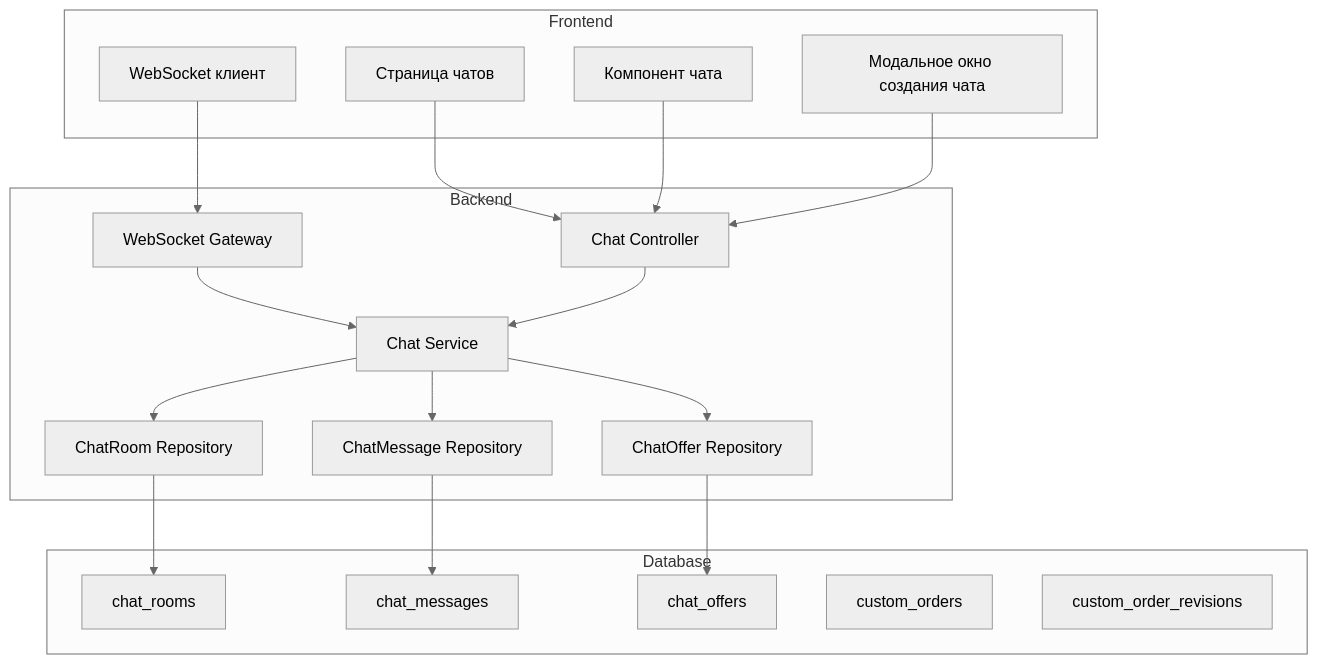
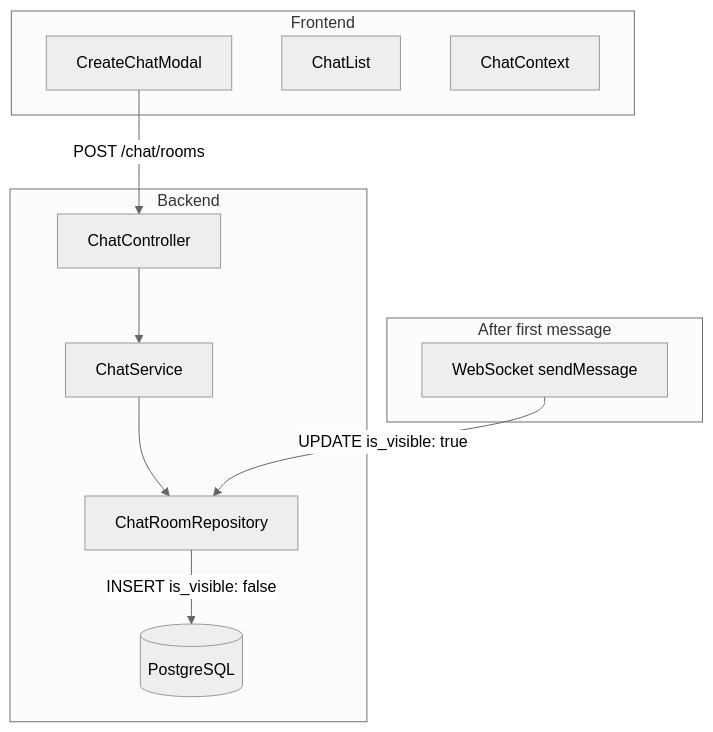
One commit to taofi/diplom_project changed the first of 3 diagrams in plans/chat-messaging-module-plan.md. Above: the diagram before and after it, drawn with Mermaid (neutral theme). The commit also changed other lines of this file and 27 other files, not shown here.

````diff
--- a/plans/chat-messaging-module-plan.md
+++ b/plans/chat-messaging-module-plan.md
@@ -15,39 +26,25 @@
 ```mermaid
 flowchart TB
     subgraph Frontend
-        F1[Страница чатов]
-        F2[Компонент чата]
-        F3[Модальное окно создания чата]
-        F4[WebSocket клиент]
+        F1[CreateChatModal]
+        F2[ChatList]
+        F3[ChatContext]
     end
 
     subgraph Backend
-        W[WebSocket Gateway]
-        C[Chat Controller]
-        S[Chat Service]
-        R1[ChatRoom Repository]
-        R2[ChatMessage Repository]
-        R3[ChatOffer Repository]
+        C[ChatController]
+        S[ChatService]
+        R[ChatRoomRepository]
+        DB[(PostgreSQL)]
     end
 
-    subgraph Database
-        DB1[chat_rooms]
-        DB2[chat_messages]
-        DB3[chat_offers]
-        DB4[custom_orders]
-        DB5[custom_order_revisions]
+    F1 -->|POST /chat/rooms| C
+    C --> S
+    S --> R
+    R -->|INSERT is_visible: false| DB
+    
+    subgraph "After first message"
+        WS[WebSocket sendMessage]
+        WS -->|UPDATE is_visible: true| R
     end
-
-    F1 --> C
-    F2 --> C
-    F3 --> C
-    F4 --> W
-    W --> S
-    C --> S
-    S --> R1
-    S --> R2
-    S --> R3
-    R1 --> DB1
-    R2 --> DB2
-    R3 --> DB3
 ```
````
